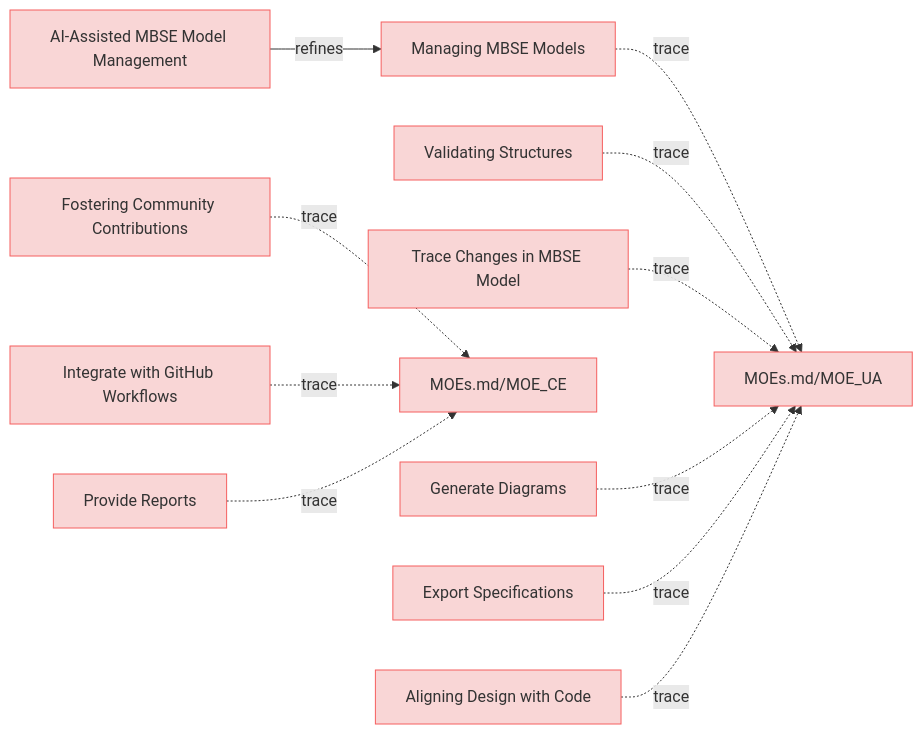
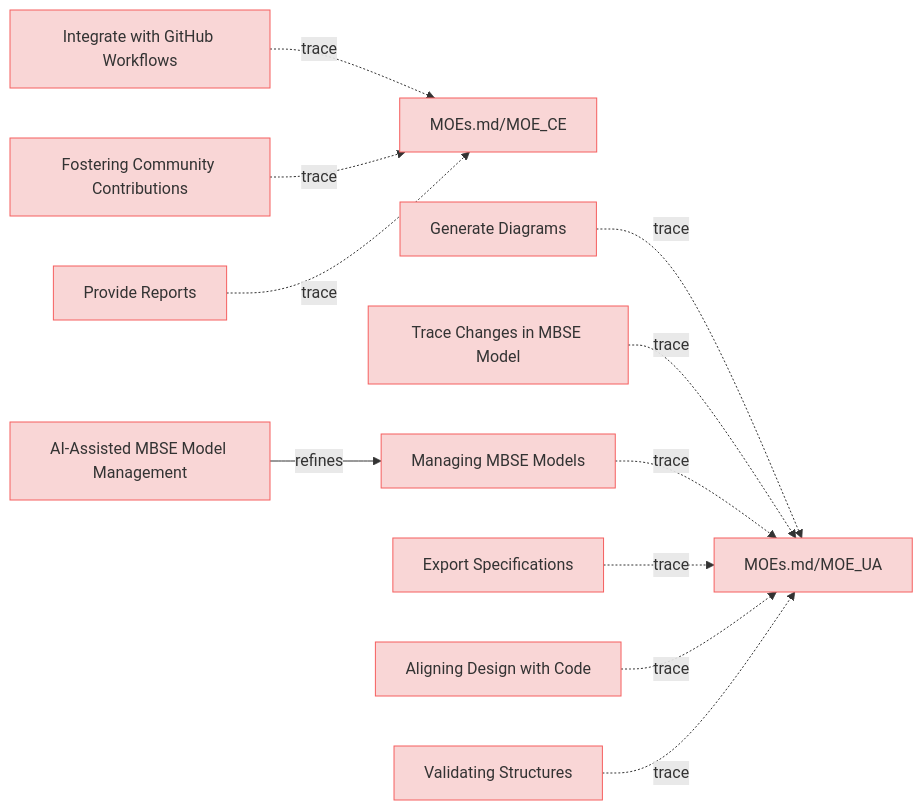
Before and after one commit to reqvire-org/reqvire: the diagram in specifications/UserStories.md, drawn with Mermaid. The commit also changed 16 other files, not shown here.

````diff
--- a/specifications/UserStories.md
+++ b/specifications/UserStories.md
@@ -12,55 +12,55 @@
 ```mermaid
 graph LR;
   %% Graph styling
   classDef requirement fill:#f9d6d6,stroke:#f55f5f,stroke-width:1px;
   classDef verification fill:#d6f9d6,stroke:#5fd75f,stroke-width:1px;
   classDef externalLink fill:#d0e0ff,stroke:#3080ff,stroke-width:1px;
   classDef default fill:#f5f5f5,stroke:#333333,stroke-width:1px;
 
-  c75ac8fa29479ca5["Managing MBSE Models"];
-  click c75ac8fa29479ca5 "https://github.com/Reqvire/reqvire/blob/b8c43d2689b933838bf1838d8a4cdf3393c9014f/specifications/UserStories.md#managing-mbse-models";
-  class c75ac8fa29479ca5 requirement;
+  1563f8454019c887["Integrate with GitHub Workflows"];
+  click 1563f8454019c887 "https://github.com/Reqvire/reqvire/blob/92e82ef235559b4819fd85d700024b79b452d8e3/specifications/UserStories.md#integrate-with-github-workflows";
+  class 1563f8454019c887 requirement;
+  ac59f565725d5e41["MOEs.md/MOE_CE"];
+  class ac59f565725d5e41 requirement;
+  click ac59f565725d5e41 "https://github.com/Reqvire/reqvire/blob/92e82ef235559b4819fd85d700024b79b452d8e3/specifications/MOEs.md#moe_ce";
+  1563f8454019c887 -.->|trace| ac59f565725d5e41;
+  694c4bb24b10f0c7["Generate Diagrams"];
+  click 694c4bb24b10f0c7 "https://github.com/Reqvire/reqvire/blob/92e82ef235559b4819fd85d700024b79b452d8e3/specifications/UserStories.md#generate-diagrams";
+  class 694c4bb24b10f0c7 requirement;
   6c33f565725d5e41["MOEs.md/MOE_UA"];
   class 6c33f565725d5e41 requirement;
-  click 6c33f565725d5e41 "https://github.com/Reqvire/reqvire/blob/b8c43d2689b933838bf1838d8a4cdf3393c9014f/specifications/MOEs.md#moe_ua";
-  c75ac8fa29479ca5 -.->|trace| 6c33f565725d5e41;
-  a0f9571f6563d9d3["Validating Structures"];
-  click a0f9571f6563d9d3 "https://github.com/Reqvire/reqvire/blob/b8c43d2689b933838bf1838d8a4cdf3393c9014f/specifications/UserStories.md#validating-structures";
-  class a0f9571f6563d9d3 requirement;
-  a0f9571f6563d9d3 -.->|trace| 6c33f565725d5e41;
+  click 6c33f565725d5e41 "https://github.com/Reqvire/reqvire/blob/92e82ef235559b4819fd85d700024b79b452d8e3/specifications/MOEs.md#moe_ua";
+  694c4bb24b10f0c7 -.->|trace| 6c33f565725d5e41;
   2591b90e1fb90daa["Trace Changes in MBSE Model"];
-  click 2591b90e1fb90daa "https://github.com/Reqvire/reqvire/blob/b8c43d2689b933838bf1838d8a4cdf3393c9014f/specifications/UserStories.md#trace-changes-in-mbse-model";
+  click 2591b90e1fb90daa "https://github.com/Reqvire/reqvire/blob/92e82ef235559b4819fd85d700024b79b452d8e3/specifications/UserStories.md#trace-changes-in-mbse-model";
   class 2591b90e1fb90daa requirement;
   2591b90e1fb90daa -.->|trace| 6c33f565725d5e41;
-  8fc677b7413bb247["AI-Assisted MBSE Model Management"];
-  click 8fc677b7413bb247 "https://github.com/Reqvire/reqvire/blob/b8c43d2689b933838bf1838d8a4cdf3393c9014f/specifications/UserStories.md#ai-assisted-mbse-model-management";
-  class 8fc677b7413bb247 requirement;
-  8fc677b7413bb247 -->|refines| c75ac8fa29479ca5;
-  b7a255ea304a325e["Fostering Community Contributions"];
-  click b7a255ea304a325e "https://github.com/Reqvire/reqvire/blob/b8c43d2689b933838bf1838d8a4cdf3393c9014f/specifications/UserStories.md#fostering-community-contributions";
-  class b7a255ea304a325e requirement;
-  ac59f565725d5e41["MOEs.md/MOE_CE"];
-  class ac59f565725d5e41 requirement;
-  click ac59f565725d5e41 "https://github.com/Reqvire/reqvire/blob/b8c43d2689b933838bf1838d8a4cdf3393c9014f/specifications/MOEs.md#moe_ce";
-  b7a255ea304a325e -.->|trace| ac59f565725d5e41;
-  1563f8454019c887["Integrate with GitHub Workflows"];
-  click 1563f8454019c887 "https://github.com/Reqvire/reqvire/blob/b8c43d2689b933838bf1838d8a4cdf3393c9014f/specifications/UserStories.md#integrate-with-github-workflows";
-  class 1563f8454019c887 requirement;
-  1563f8454019c887 -.->|trace| ac59f565725d5e41;
-  694c4bb24b10f0c7["Generate Diagrams"];
-  click 694c4bb24b10f0c7 "https://github.com/Reqvire/reqvire/blob/b8c43d2689b933838bf1838d8a4cdf3393c9014f/specifications/UserStories.md#generate-diagrams";
-  class 694c4bb24b10f0c7 requirement;
-  694c4bb24b10f0c7 -.->|trace| 6c33f565725d5e41;
-  9cb6618c17d19a11["Provide Reports"];
-  click 9cb6618c17d19a11 "https://github.com/Reqvire/reqvire/blob/b8c43d2689b933838bf1838d8a4cdf3393c9014f/specifications/UserStories.md#provide-reports";
-  class 9cb6618c17d19a11 requirement;
-  9cb6618c17d19a11 -.->|trace| ac59f565725d5e41;
+  c75ac8fa29479ca5["Managing MBSE Models"];
+  click c75ac8fa29479ca5 "https://github.com/Reqvire/reqvire/blob/92e82ef235559b4819fd85d700024b79b452d8e3/specifications/UserStories.md#managing-mbse-models";
+  class c75ac8fa29479ca5 requirement;
+  c75ac8fa29479ca5 -.->|trace| 6c33f565725d5e41;
   3bb2096c4648e3ff["Export Specifications"];
-  click 3bb2096c4648e3ff "https://github.com/Reqvire/reqvire/blob/b8c43d2689b933838bf1838d8a4cdf3393c9014f/specifications/UserStories.md#export-specifications";
+  click 3bb2096c4648e3ff "https://github.com/Reqvire/reqvire/blob/92e82ef235559b4819fd85d700024b79b452d8e3/specifications/UserStories.md#export-specifications";
   class 3bb2096c4648e3ff requirement;
   3bb2096c4648e3ff -.->|trace| 6c33f565725d5e41;
   a9bc74070fc71e6d["Aligning Design with Code"];
-  click a9bc74070fc71e6d "https://github.com/Reqvire/reqvire/blob/b8c43d2689b933838bf1838d8a4cdf3393c9014f/specifications/UserStories.md#aligning-design-with-code";
+  click a9bc74070fc71e6d "https://github.com/Reqvire/reqvire/blob/92e82ef235559b4819fd85d700024b79b452d8e3/specifications/UserStories.md#aligning-design-with-code";
   class a9bc74070fc71e6d requirement;
   a9bc74070fc71e6d -.->|trace| 6c33f565725d5e41;
+  8fc677b7413bb247["AI-Assisted MBSE Model Management"];
+  click 8fc677b7413bb247 "https://github.com/Reqvire/reqvire/blob/92e82ef235559b4819fd85d700024b79b452d8e3/specifications/UserStories.md#ai-assisted-mbse-model-management";
+  class 8fc677b7413bb247 requirement;
+  8fc677b7413bb247 -->|refines| c75ac8fa29479ca5;
+  a0f9571f6563d9d3["Validating Structures"];
+  click a0f9571f6563d9d3 "https://github.com/Reqvire/reqvire/blob/92e82ef235559b4819fd85d700024b79b452d8e3/specifications/UserStories.md#validating-structures";
+  class a0f9571f6563d9d3 requirement;
+  a0f9571f6563d9d3 -.->|trace| 6c33f565725d5e41;
+  b7a255ea304a325e["Fostering Community Contributions"];
+  click b7a255ea304a325e "https://github.com/Reqvire/reqvire/blob/92e82ef235559b4819fd85d700024b79b452d8e3/specifications/UserStories.md#fostering-community-contributions";
+  class b7a255ea304a325e requirement;
+  b7a255ea304a325e -.->|trace| ac59f565725d5e41;
+  9cb6618c17d19a11["Provide Reports"];
+  click 9cb6618c17d19a11 "https://github.com/Reqvire/reqvire/blob/92e82ef235559b4819fd85d700024b79b452d8e3/specifications/UserStories.md#provide-reports";
+  class 9cb6618c17d19a11 requirement;
+  9cb6618c17d19a11 -.->|trace| ac59f565725d5e41;
 ```
````
